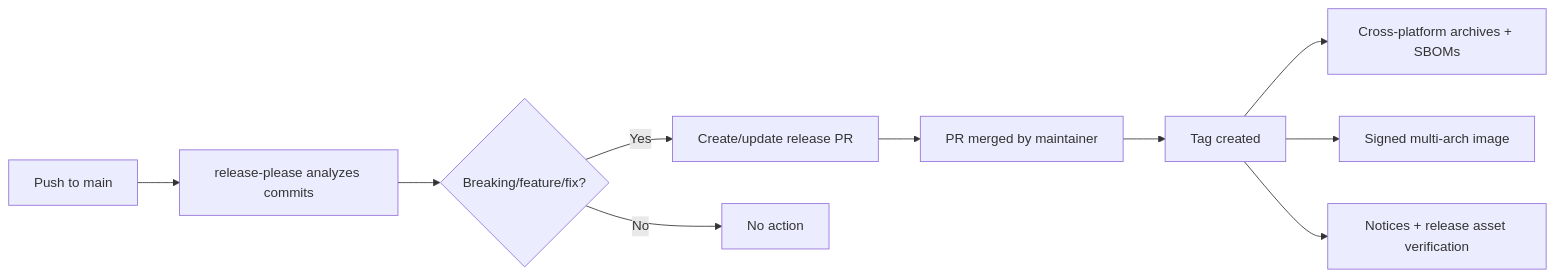
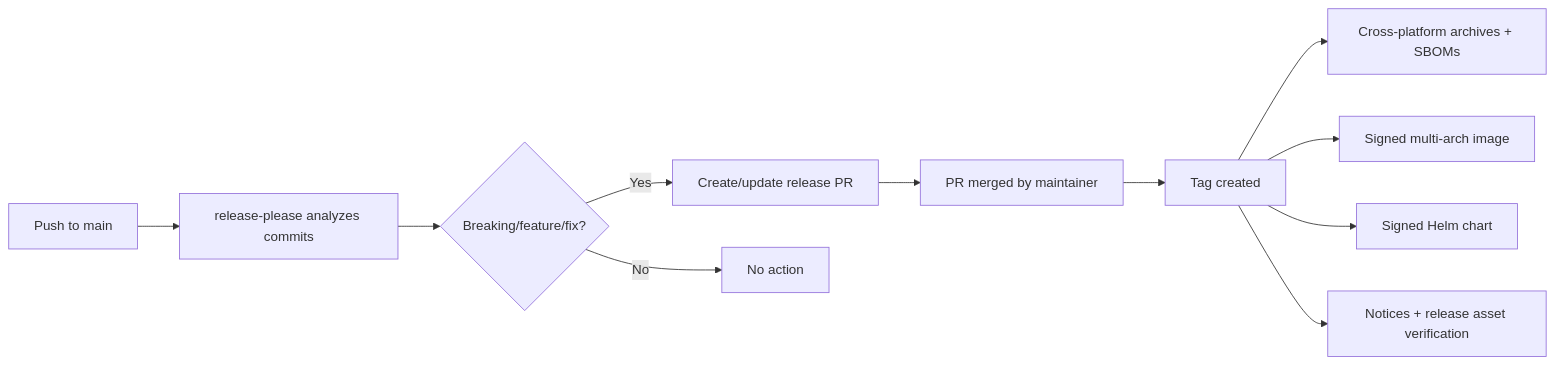
One commit to rknightion/opnsense-exporter changed the diagram in docs/development/release-process.md. Above: the diagram before and after it, drawn with Mermaid. The commit also changed other lines of this file and 36 other files, not shown here.

````diff
--- a/docs/development/release-process.md
+++ b/docs/development/release-process.md
@@ -14,12 +14,13 @@
 ```mermaid
 graph LR
     A[Push to main] --> B[release-please analyzes commits]
     B --> C{Breaking/feature/fix?}
     C -->|Yes| D[Create/update release PR]
     C -->|No| E[No action]
     D --> F[PR merged by maintainer]
     F --> G[Tag created]
     G --> H[Cross-platform archives + SBOMs]
     G --> I[Signed multi-arch image]
-    G --> J[Notices + release asset verification]
+    G --> J[Signed Helm chart]
+    G --> K[Notices + release asset verification]
 ```
````
